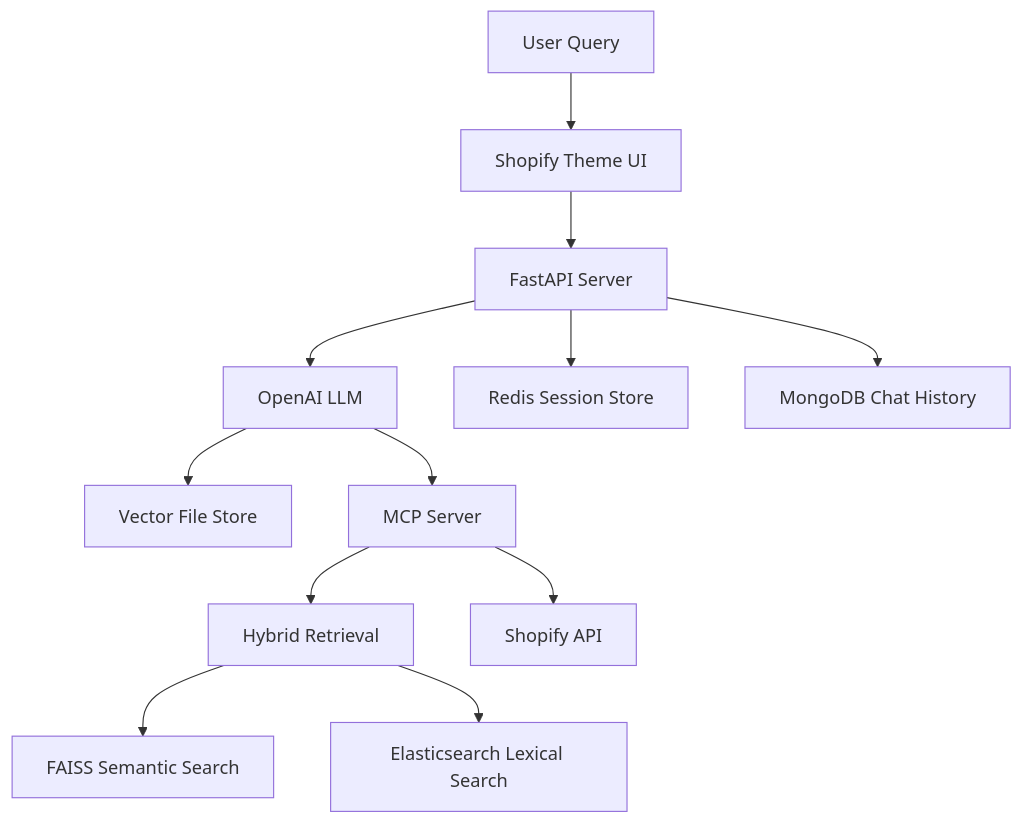
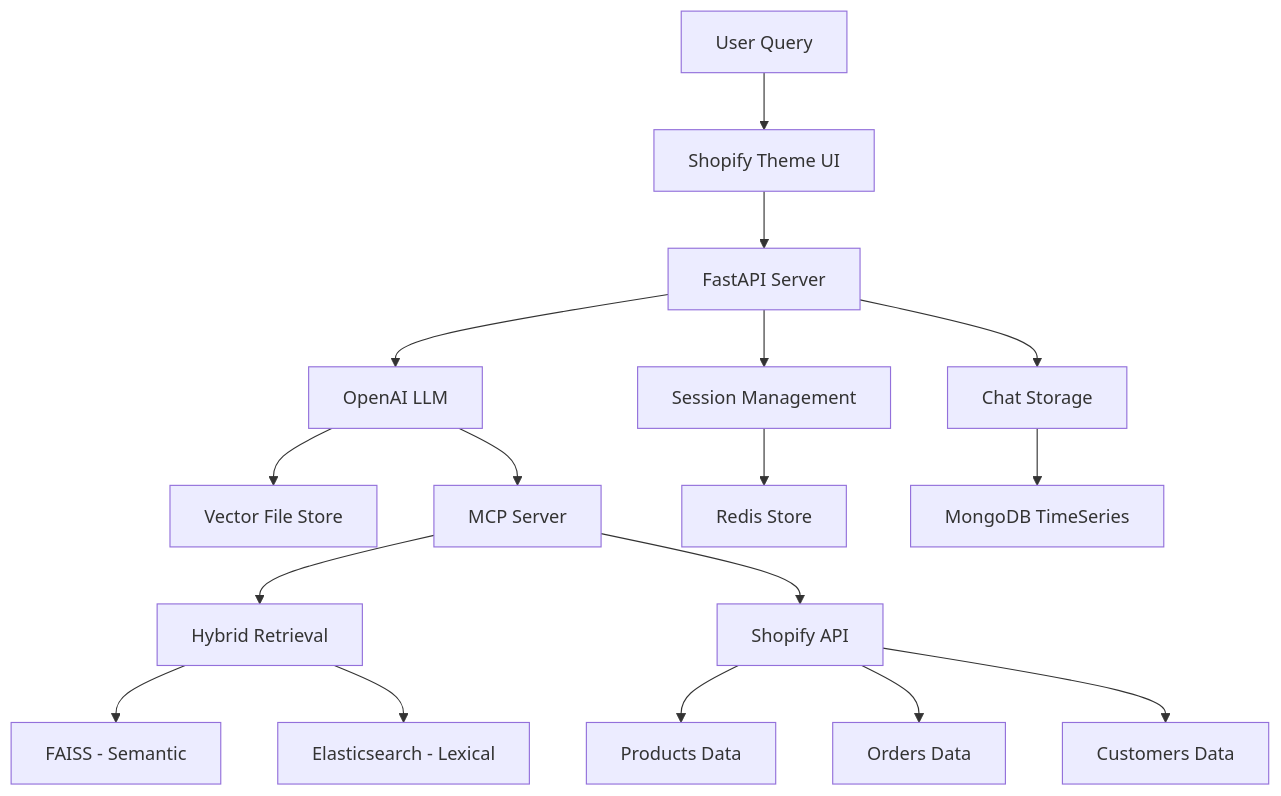
The diagram in README.md (Mobeen-Dev/chatbot_Shopify), drawn with Mermaid before and after one commit.

````diff
--- a/README.md
+++ b/README.md
@@ -37,14 +37,19 @@
 ```mermaid
 graph TD
     A[User Query] --> B[Shopify Theme UI]
     B --> C[FastAPI Server]
     C --> D[OpenAI LLM]
     D --> M[Vector File Store]
     D --> N[MCP Server]
     N --> E[Hybrid Retrieval]
-    E --> F[FAISS Semantic Search]
-    E --> G[Elasticsearch Lexical Search]
+    E --> F[FAISS - Semantic]
+    E --> G[Elasticsearch - Lexical]
     N --> H[Shopify API]
-    C --> I[Redis Session Store]
-    C --> J[MongoDB Chat History]
+    H --> Q[Products Data]
+    H --> R[Orders Data]
+    H --> S[Customers Data]
+    C --> O[Session Management]
+    O --> I[Redis Store]
+    C --> P[Chat Storage]
+    P --> J[MongoDB TimeSeries]
 ```
````
